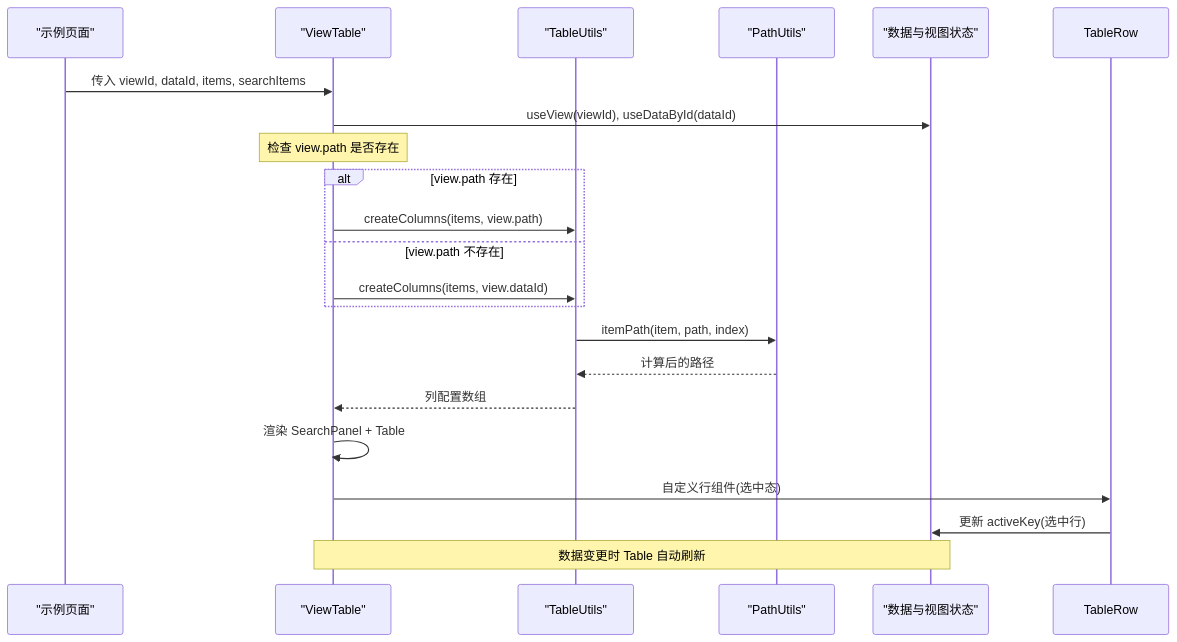
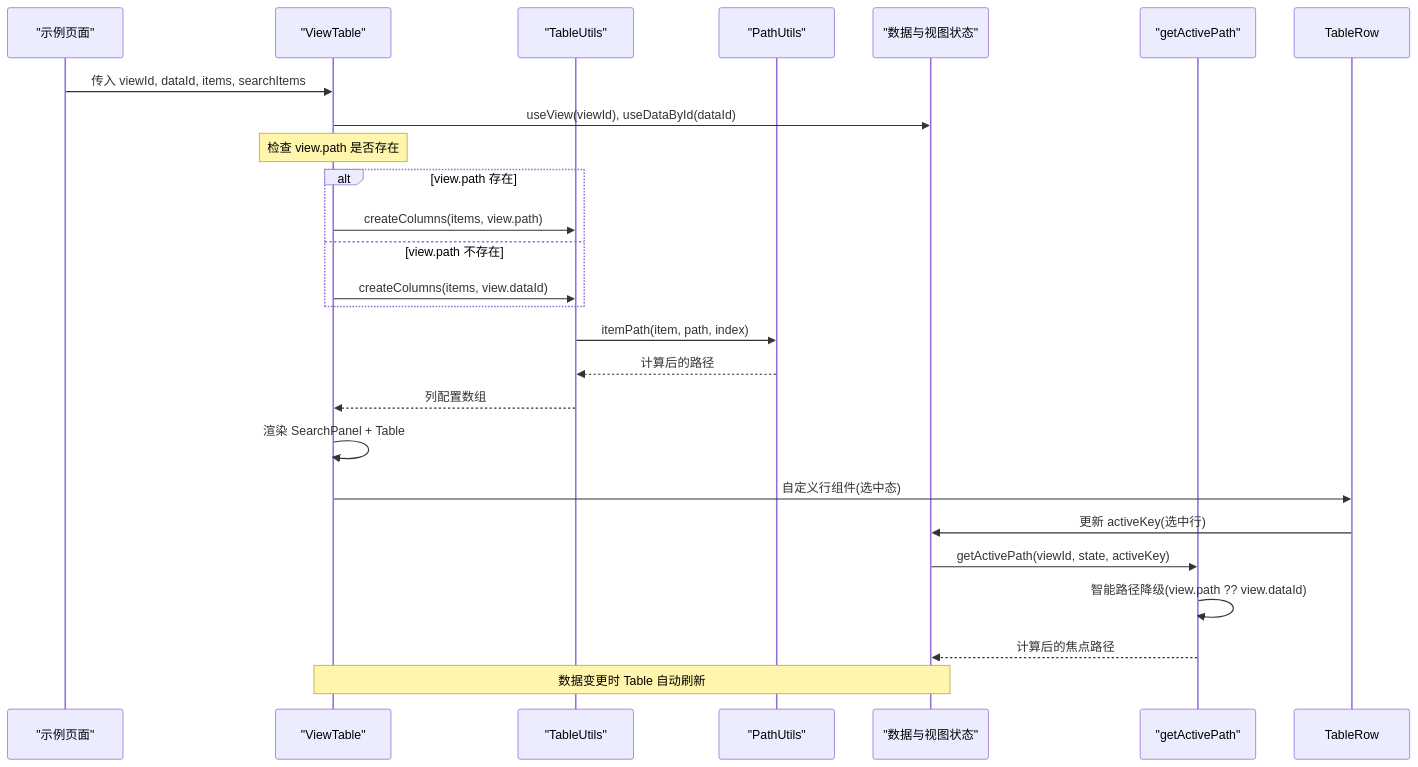
Before and after one commit to liqiongke/FrontArk: the second of 8 diagrams in .qoder/repowiki/zh/content/组件库/数据组件/表格组件.md, drawn with Mermaid. The commit also changed other lines of this file and 5 other files, not shown here.

````diff
--- a/.qoder/repowiki/zh/content/组件库/数据组件/表格组件.md
+++ b/.qoder/repowiki/zh/content/组件库/数据组件/表格组件.md
@@ -108,23 +114,27 @@
 ```mermaid
 sequenceDiagram
 participant Page as "示例页面"
 participant View as "ViewTable"
 participant Utils as "TableUtils"
 participant PathUtil as "PathUtils"
 participant Store as "数据与视图状态"
+participant ActivePath as "getActivePath"
 Page->>View : 传入 viewId, dataId, items, searchItems
 View->>Store : useView(viewId), useDataById(dataId)
 Note over View : 检查 view.path 是否存在
 alt view.path 存在
 View->>Utils : createColumns(items, view.path)
 else view.path 不存在
 View->>Utils : createColumns(items, view.dataId)
 end
 Utils->>PathUtil : itemPath(item, path, index)
 PathUtil-->>Utils : 计算后的路径
 Utils-->>View : 列配置数组
 View->>View : 渲染 SearchPanel + Table
 View->>TableRow : 自定义行组件(选中态)
 TableRow->>Store : 更新 activeKey(选中行)
+Store->>ActivePath : getActivePath(viewId, state, activeKey)
+ActivePath->>ActivePath : 智能路径降级(view.path ?? view.dataId)
+ActivePath-->>Store : 计算后的焦点路径
 Note over View,Store : 数据变更时 Table 自动刷新
 ```
````
